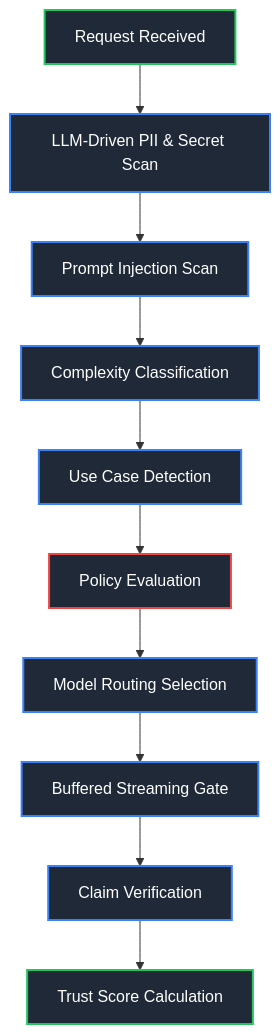
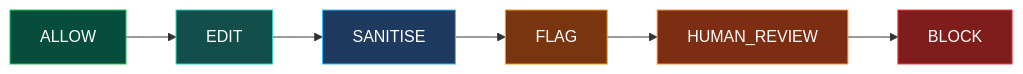
Before and after one commit to HarshitGupta1812/ControlPlane.ai: the fifth of 12 diagrams in README.md, drawn with Mermaid. The commit also changed other lines of this file, not shown here.

````diff
--- a/README.md
+++ b/README.md
@@ -43,20 +314,10 @@
 ```mermaid
-flowchart TD
-    A[Request Received] --> B[LLM-Driven PII & Secret Scan]
-    B --> C[Prompt Injection Scan]
-    C --> D[Complexity Classification]
-    D --> E[Use Case Detection]
-    E --> F[Policy Evaluation]
-    F --> G[Model Routing Selection]
-    G --> H[Buffered Streaming Gate]
-    H --> I[Claim Verification]
-    I --> J[Trust Score Calculation]
-    
-    classDef safe fill:#1f2937,stroke:#22c55e,stroke-width:2px,color:#fff;
-    classDef process fill:#1f2937,stroke:#3b82f6,stroke-width:2px,color:#fff;
-    classDef critical fill:#1f2937,stroke:#ef4444,stroke-width:2px,color:#fff;
-    
-    class A,J safe;
-    class B,C,D,E,G,H,I process;
-    class F critical;
+flowchart LR
+    A[ALLOW] --> E[EDIT] --> S[SANITISE] --> F[FLAG] --> H[HUMAN_REVIEW] --> B[BLOCK]
+    style A fill:#064e3b,stroke:#22c55e,color:#fff
+    style E fill:#134e4a,stroke:#2dd4bf,color:#fff
+    style S fill:#1e3a5f,stroke:#38bdf8,color:#fff
+    style F fill:#78350f,stroke:#f59e0b,color:#fff
+    style H fill:#7c2d12,stroke:#fb923c,color:#fff
+    style B fill:#7f1d1d,stroke:#ef4444,color:#fff
 ```
````
